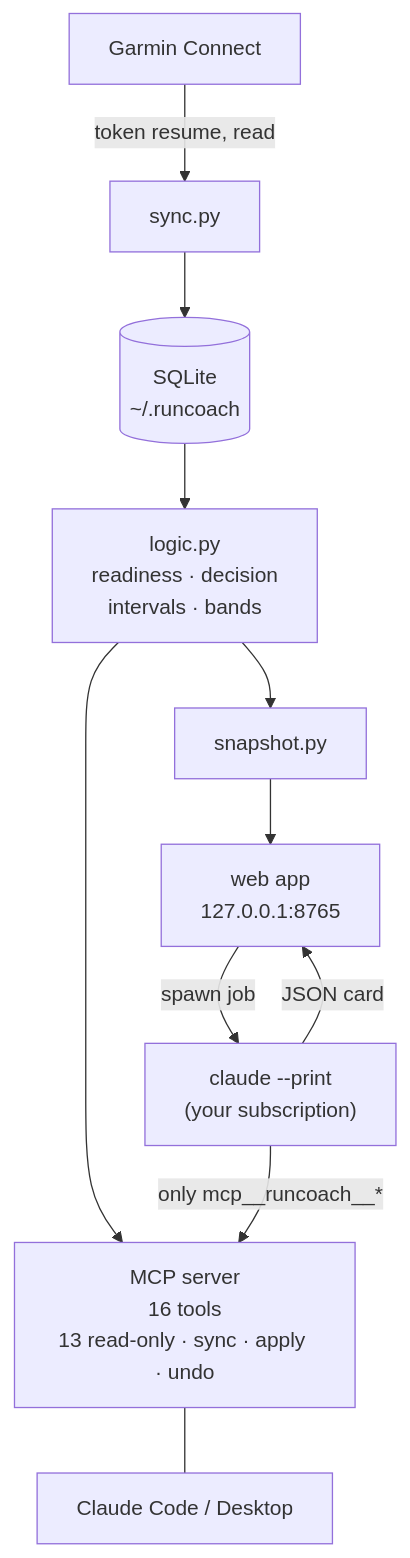
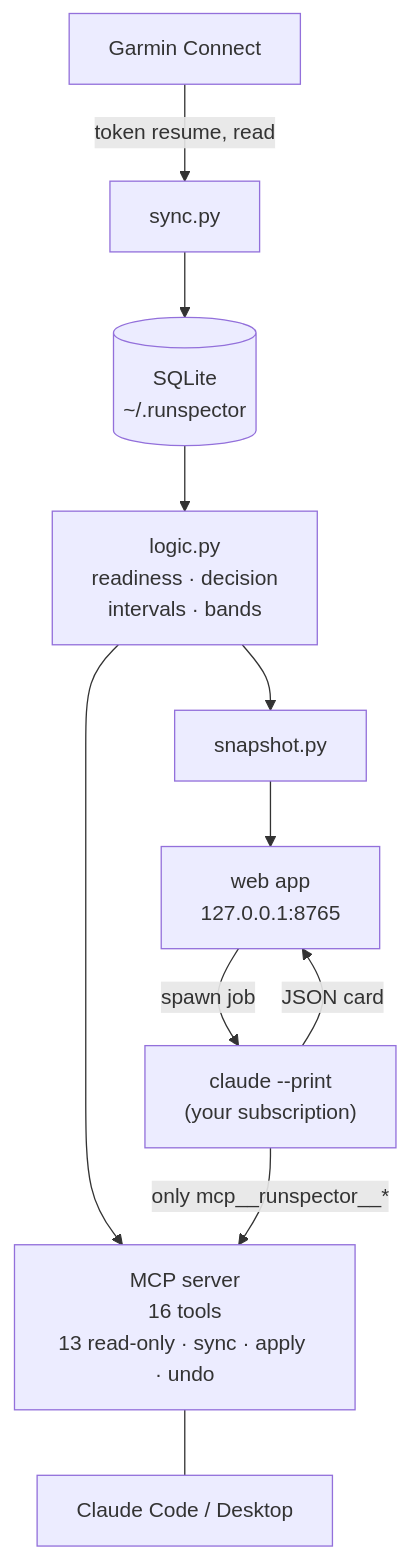
Before and after one commit to edxleon/runcoach-ai: the diagram in README.md, drawn with Mermaid. The commit also changed other lines of this file and 154 other files, not shown here.

````diff
--- a/README.md
+++ b/README.md
@@ -150,13 +152,13 @@
 ```mermaid
 flowchart TD
     G[Garmin Connect] -- "token resume, read" --> S[sync.py]
-    S --> DB[(SQLite<br/>~/.runcoach)]
+    S --> DB[(SQLite<br/>~/.runspector)]
     DB --> L[logic.py<br/>readiness · decision<br/>intervals · bands]
     L --> SNAP[snapshot.py]
     SNAP --> WEB[web app<br/>127.0.0.1:8765]
     L --> MCP[MCP server<br/>16 tools<br/>13 read-only · sync · apply · undo]
     WEB -- "spawn job" --> A["claude --print<br/>(your subscription)"]
-    A -- "only mcp__runcoach__*" --> MCP
+    A -- "only mcp__runspector__*" --> MCP
     A -- "JSON card" --> WEB
     MCP --- CC[Claude Code / Desktop]
 ```
````
